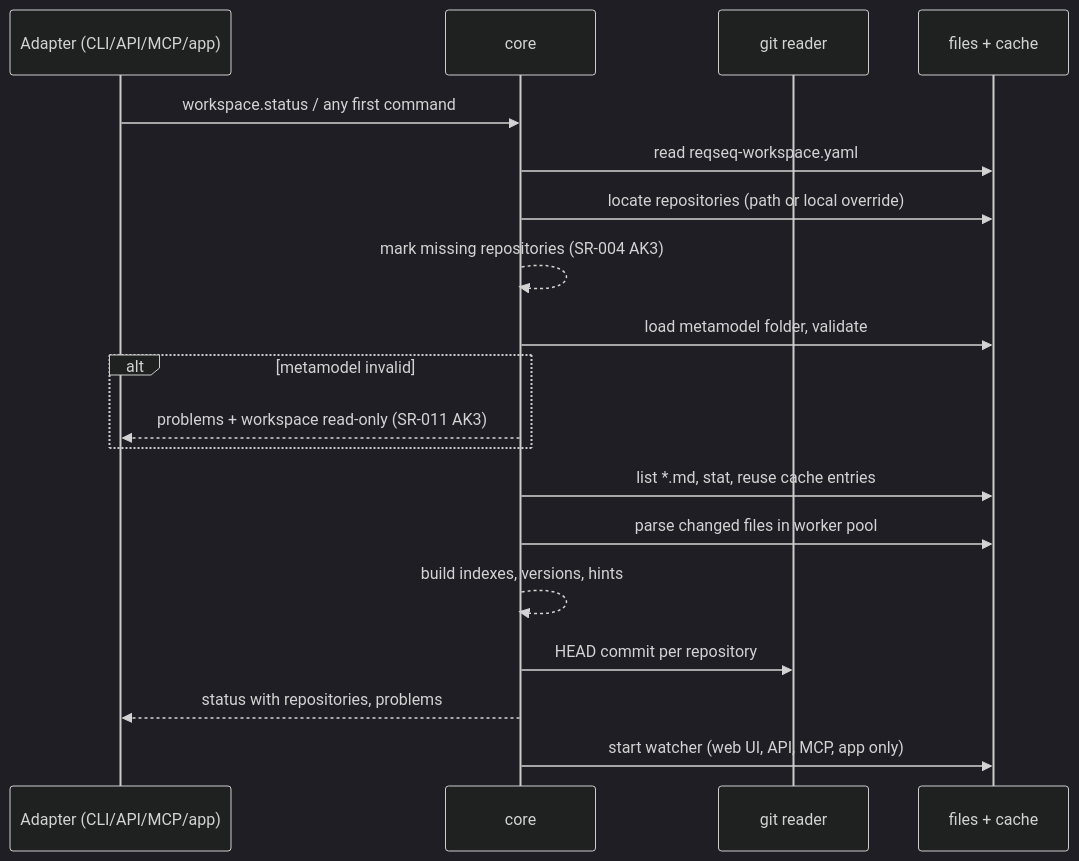
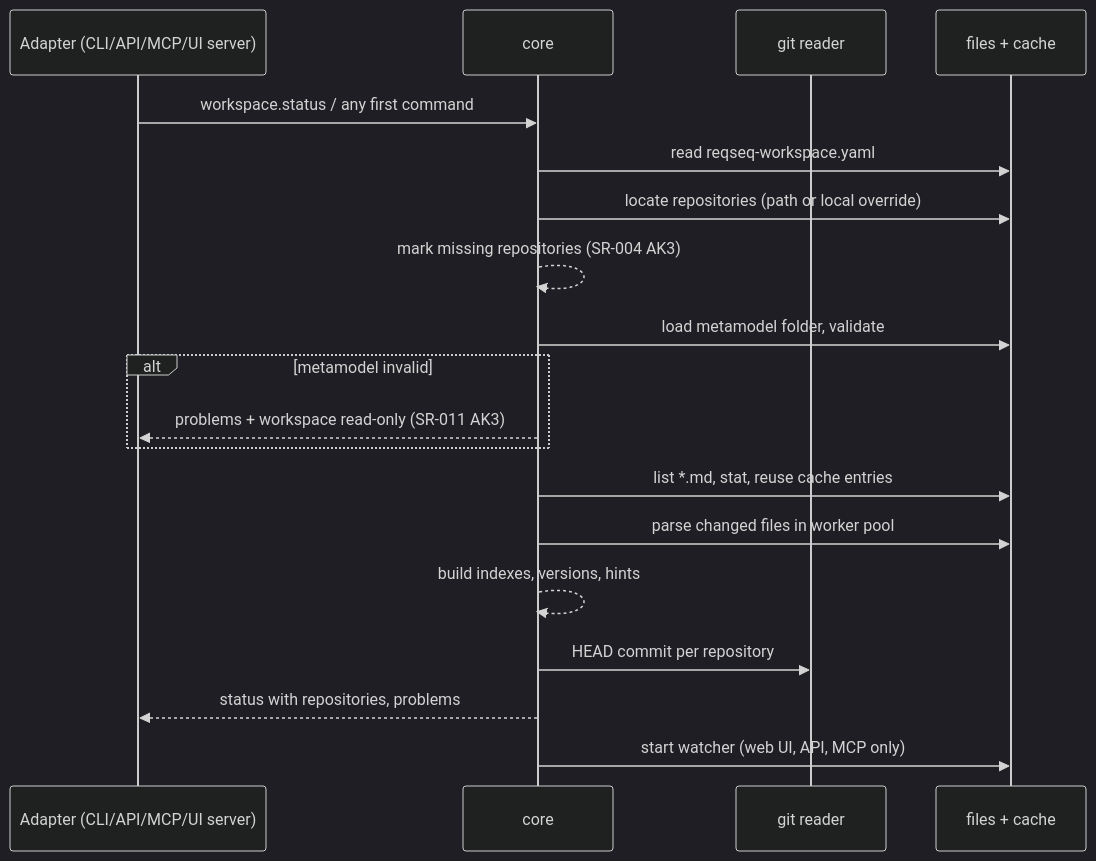
The third of 4 diagrams in docs/architecture/README.md (ThomasBirkmaier/ReqSeq), drawn with Mermaid (dark theme) before and after one commit. The commit also changed other lines of this file and 27 other files, not shown here.

First line of the commit message:
docs: describe the web UI and desktop shell instead of the Electron app

````diff
--- a/docs/architecture/README.md
+++ b/docs/architecture/README.md
@@ -197,21 +199,21 @@
 ```mermaid
 sequenceDiagram
-  participant A as Adapter (CLI/API/MCP/app)
+  participant A as Adapter (CLI/API/MCP/UI server)
   participant C as core
   participant G as git reader
   participant FS as files + cache
   A->>C: workspace.status / any first command
   C->>FS: read reqseq-workspace.yaml
   C->>FS: locate repositories (path or local override)
   C-->>C: mark missing repositories (SR-004 AK3)
   C->>FS: load metamodel folder, validate
   alt metamodel invalid
     C-->>A: problems + workspace read-only (SR-011 AK3)
   end
   C->>FS: list *.md, stat, reuse cache entries
   C->>FS: parse changed files in worker pool
   C-->>C: build indexes, versions, hints
   C->>G: HEAD commit per repository
   C-->>A: status with repositories, problems
-  C->>FS: start watcher (web UI, API, MCP, app only)
+  C->>FS: start watcher (web UI, API, MCP only)
 ```
````
